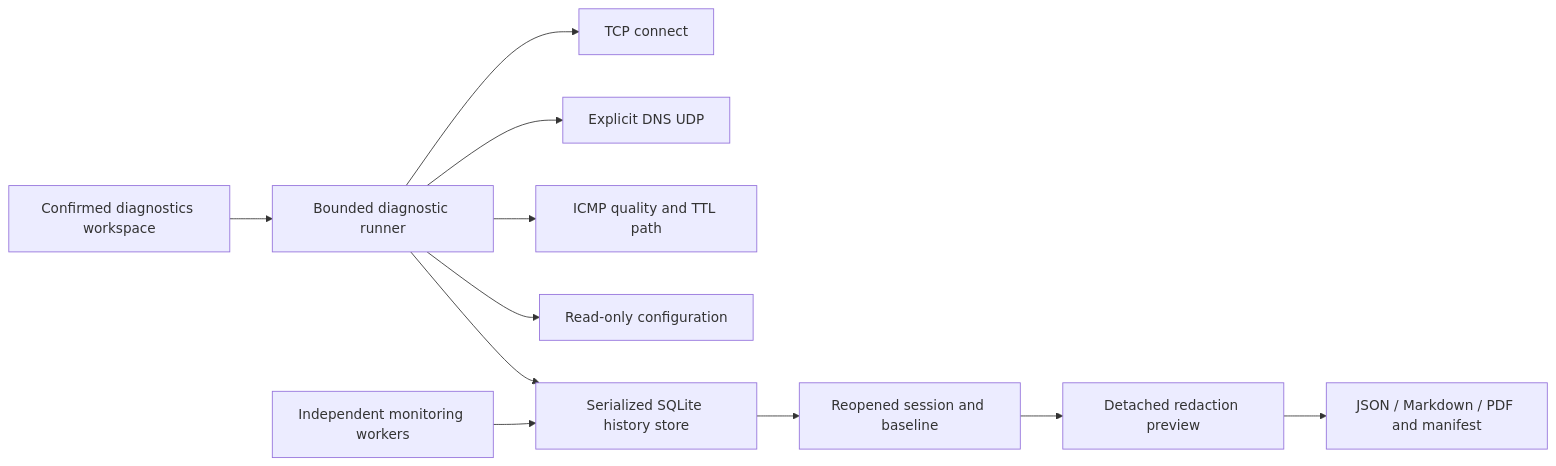
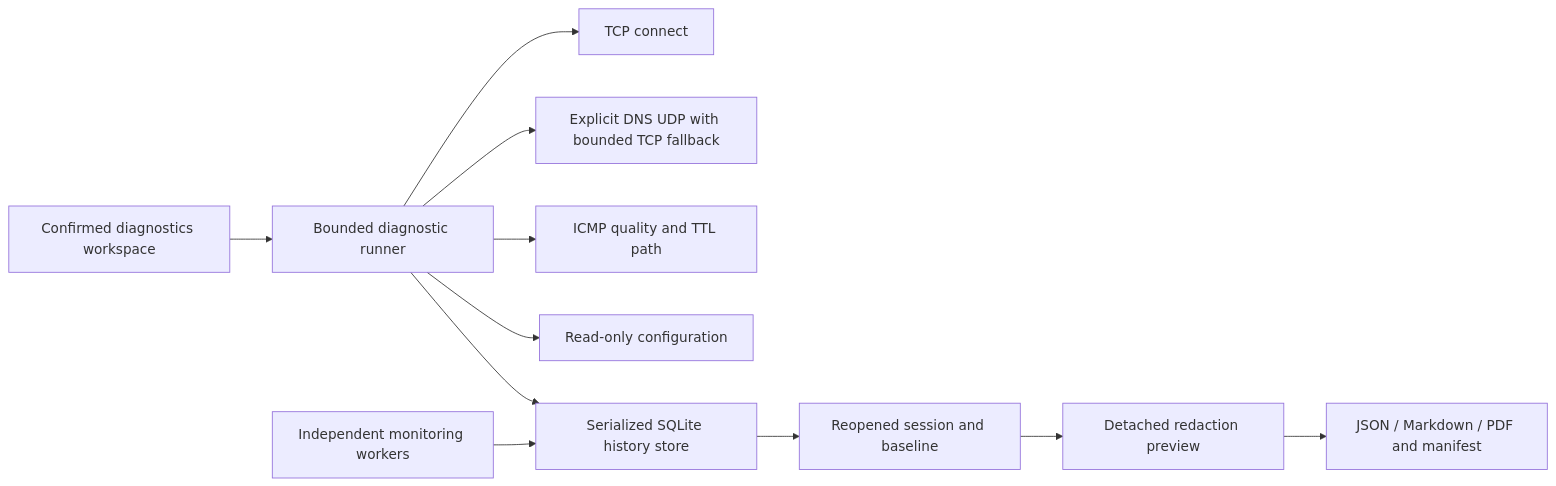
One commit to samscript18/Synups changed the diagram in docs/diagnostics/ARCHITECTURE.md. Above: the diagram before and after it, drawn with Mermaid. The commit also changed other lines of this file and 24 other files, not shown here.

````diff
--- a/docs/diagnostics/ARCHITECTURE.md
+++ b/docs/diagnostics/ARCHITECTURE.md
@@ -11,13 +11,13 @@
 ```mermaid
 flowchart LR
     UI[Confirmed diagnostics workspace] --> Runner[Bounded diagnostic runner]
     Runner --> TCP[TCP connect]
-    Runner --> DNS[Explicit DNS UDP]
+    Runner --> DNS[Explicit DNS UDP with bounded TCP fallback]
     Runner --> ICMP[ICMP quality and TTL path]
     Runner --> Config[Read-only configuration]
     Runner --> Store[Serialized SQLite history store]
     Store --> History[Reopened session and baseline]
     History --> Preview[Detached redaction preview]
     Preview --> Export[JSON / Markdown / PDF and manifest]
     Monitor[Independent monitoring workers] --> Store
 ```
````
